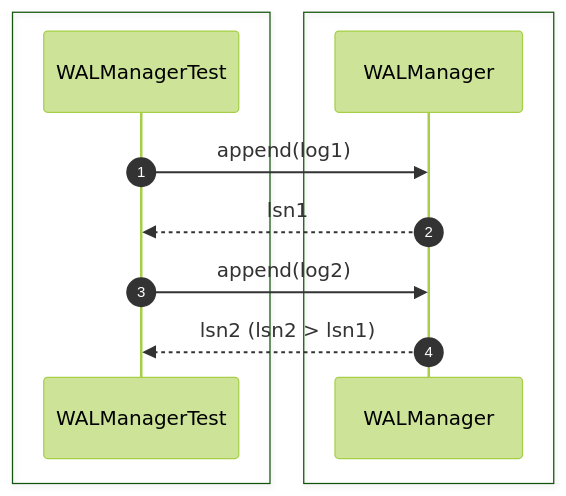
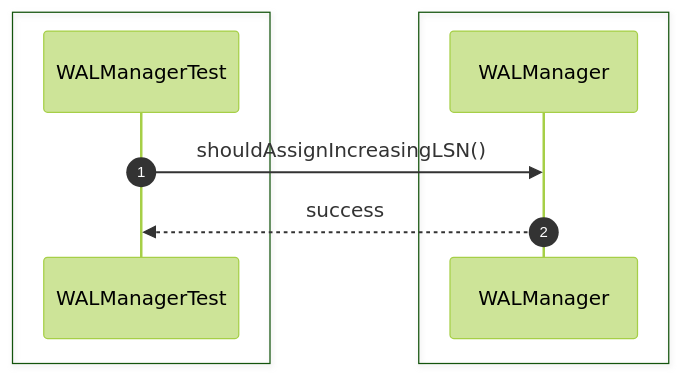
Before and after one commit to Huy1801214/dbms-architecture: the fifth of 28 diagrams in src/sequence/recovery.md, drawn with Mermaid (forest theme). The commit also changed other lines of this file and 68 other files, not shown here.

Commit message:
implement comprehensive unit test suite and architectural sequence documentation

````diff
--- a/src/sequence/recovery.md
+++ b/src/sequence/recovery.md
@@ -75,16 +66,13 @@
 ```mermaid
 sequenceDiagram
     autonumber
-
     box #e1f5fe Test Suite
     participant Test as WALManagerTest
     end
-    box #ffebee Recovery Components
-    participant WAL as WALManager
+    box #ffebee WALManager Component
+    participant WALM as WALManager
     end
 
-    Test->>WAL: append(log1)
-    WAL-->>Test: lsn1
-    Test->>WAL: append(log2)
-    WAL-->>Test: lsn2 (lsn2 > lsn1)
+    Test->>WALM: shouldAssignIncreasingLSN()
+    WALM-->>Test: success
 ```
````
